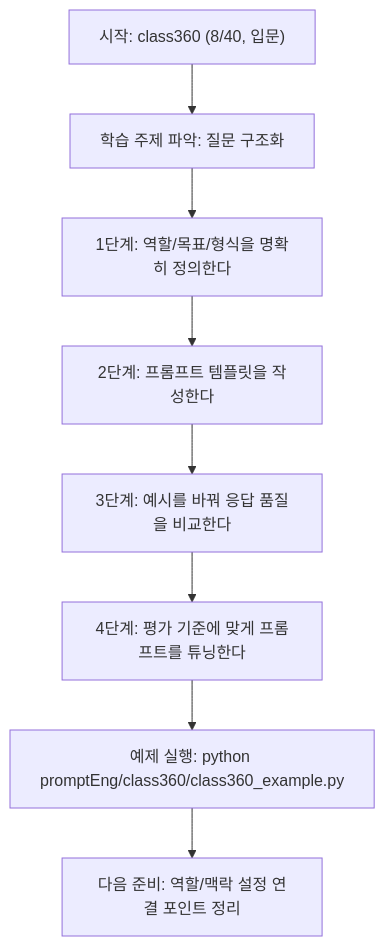
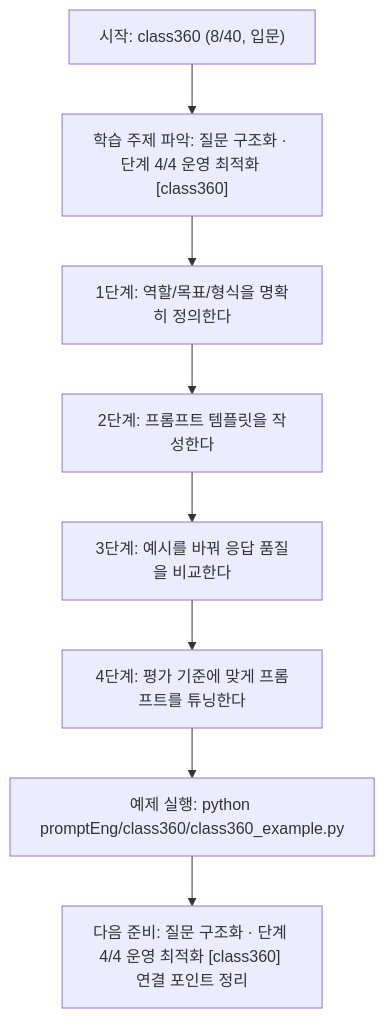
The diagram in promptEng/class360/class360.md (edumgt/Python-AI_Agent-Class), drawn with Mermaid before and after one commit. The commit also changed other lines of this file and 522 other files, not shown here.

````diff
--- a/promptEng/class360/class360.md
+++ b/promptEng/class360/class360.md
@@ -108,18 +109,18 @@
 ```mermaid
 flowchart TD
 N1["시작: class360 (8/40, 입문)"]
-N2["학습 주제 파악: 질문 구조화"]
+N2["학습 주제 파악: 질문 구조화 · 단계 4/4 운영 최적화 [class360]"]
 N3["1단계: 역할/목표/형식을 명확히 정의한다"]
 N4["2단계: 프롬프트 템플릿을 작성한다"]
 N5["3단계: 예시를 바꿔 응답 품질을 비교한다"]
 N6["4단계: 평가 기준에 맞게 프롬프트를 튜닝한다"]
 N7["예제 실행: python promptEng/class360/class360_example.py"]
-N8["다음 준비: 역할/맥락 설정 연결 포인트 정리"]
+N8["다음 준비: 질문 구조화 · 단계 4/4 운영 최적화 [class360] 연결 포인트 정리"]
 N1 --> N2
 N2 --> N3
 N3 --> N4
 N4 --> N5
 N5 --> N6
 N6 --> N7
 N7 --> N8
 ```
````
